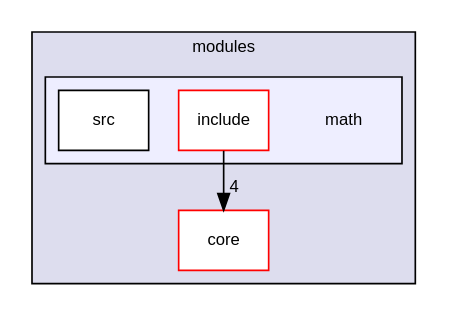
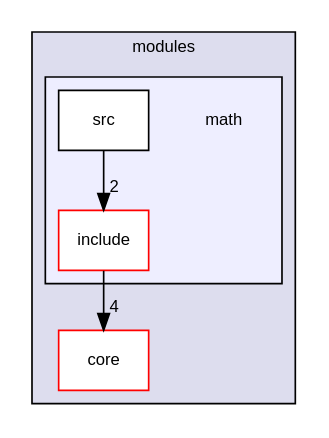
The diagram in docs/dir_b4523354886b5a0c83c88c960c3f222a_dep.dot (YuruTu/NANA), drawn with Graphviz before and after one commit. The commit also changed 100 other files, not shown here.

```diff
--- a/docs/dir_b4523354886b5a0c83c88c960c3f222a_dep.dot
+++ b/docs/dir_b4523354886b5a0c83c88c960c3f222a_dep.dot
@@ -1,16 +1,17 @@
 digraph "NANA/modules/math" {
   compound=true
   node [ fontsize="10", fontname="Helvetica"];
   edge [ labelfontsize="10", labelfontname="Helvetica"];
   subgraph clusterdir_6b55659ead8ae8e939b199224b5f3833 {
     graph [ bgcolor="#ddddee", pencolor="black", label="modules" fontname="Helvetica", fontsize="10", URL="dir_6b55659ead8ae8e939b199224b5f3833.html"]
   dir_c3e203e05606b384f5fc9d03652c3ac7 [shape=box label="core" fillcolor="white" style="filled" color="red" URL="dir_c3e203e05606b384f5fc9d03652c3ac7.html"];
   subgraph clusterdir_b4523354886b5a0c83c88c960c3f222a {
     graph [ bgcolor="#eeeeff", pencolor="black", label="" URL="dir_b4523354886b5a0c83c88c960c3f222a.html"];
     dir_b4523354886b5a0c83c88c960c3f222a [shape=plaintext label="math"];
   dir_ae521b40900f65e001f9918ef6cf05b7 [shape=box label="include" fillcolor="white" style="filled" color="red" URL="dir_ae521b40900f65e001f9918ef6cf05b7.html"];
   dir_771f7333db182dca04d4a001ffeb2ac4 [shape=box label="src" fillcolor="white" style="filled" URL="dir_771f7333db182dca04d4a001ffeb2ac4.html"];
   }
   }
+  dir_771f7333db182dca04d4a001ffeb2ac4->dir_ae521b40900f65e001f9918ef6cf05b7 [headlabel="2", labeldistance=1.5 headhref="dir_000018_000016.html"];
   dir_ae521b40900f65e001f9918ef6cf05b7->dir_c3e203e05606b384f5fc9d03652c3ac7 [headlabel="4", labeldistance=1.5 headhref="dir_000016_000006.html"];
 }
```
